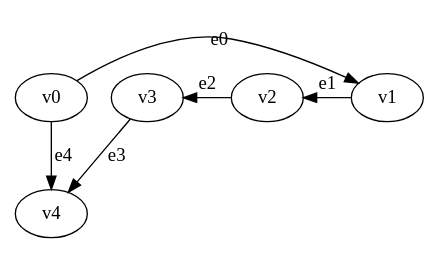
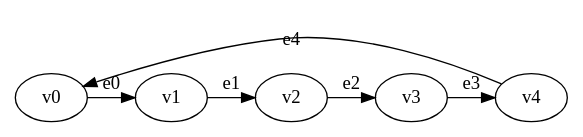
One commit to petejaustin/temporis changed the diagram in input-files/example_temporal.dot. Above: the diagram before and after it, drawn with Graphviz. The commit also changed 8 other files, not shown here.

```diff
--- a/input-files/example_temporal.dot
+++ b/input-files/example_temporal.dot
@@ -1,15 +1,15 @@
 digraph temporal_game {
     // 2-player game vertices with simple naming
     v0 [name="v0", player=0];
     v1 [name="v1", player=1];
     v2 [name="v2", player=0];
     v3 [name="v3", player=1];
     v4 [name="v4", player=0];
     
-    // Temporal edges with Presburger arithmetic constraints only
-    v0 -> v1 [label="e0", constraint="t >= 2"];
-    v1 -> v2 [label="e1", constraint="t = 3"];
-    v2 -> v3 [label="e2", constraint="t <= 5"];
-    v3 -> v4 [label="e3", constraint="t >= 4"];
-    v0 -> v4 [label="e4"];  // No constraint - always active
+        // Temporal edges with Presburger arithmetic constraints only
+    v0 -> v1 [label="e0", constraint="time >= 2"];
+    v1 -> v2 [label="e1", constraint="time <= 6"];
+    v2 -> v3 [label="e2", constraint="time = 4"];
+    v3 -> v4 [label="e3", constraint="time >= 1"];
+    v4 -> v0 [label="e4", constraint="time <= 8"];
 }
```
